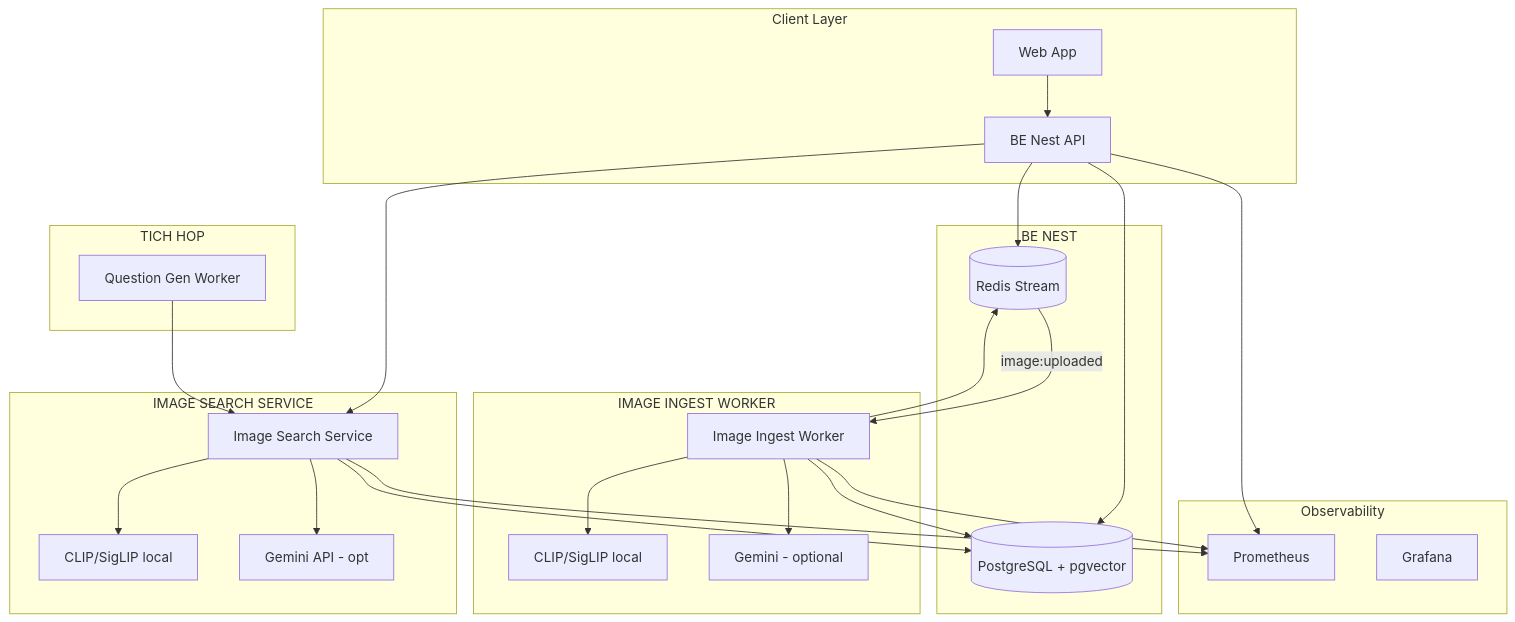
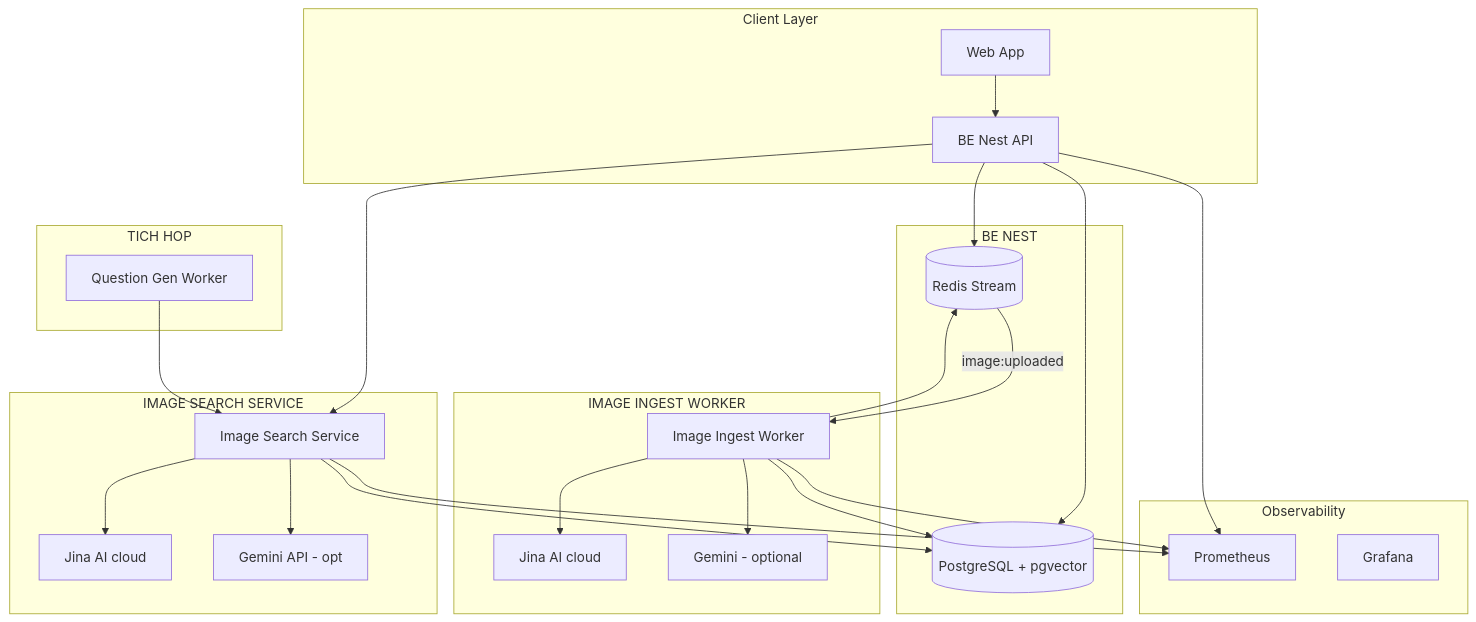
One commit to minhphu102003/image-search changed the fifth of 5 diagrams in docs/architectures/image-search.md. Above: the diagram before and after it, drawn with Mermaid. The commit also changed other lines of this file and 31 other files, not shown here.

First line of the commit message:
feat: replace self-hosted SigLIP 2 with Jina AI cloud embeddings (IS-014)

````diff
--- a/docs/architectures/image-search.md
+++ b/docs/architectures/image-search.md
@@ -163,39 +163,39 @@
 ```mermaid
 flowchart TB
     subgraph Client["Client Layer"]
         Web[Web App] --> BEApi[BE Nest API]
     end
 
     subgraph Backend["BE NEST"]
         BEApi --> RS[("Redis Stream")]
         BEApi --> Pg[(PostgreSQL + pgvector)]
     end
 
     subgraph Worker["IMAGE INGEST WORKER"]
         RS -->|image:uploaded| ImgWorker[Image Ingest Worker]
-        ImgWorker --> Clip[CLIP/SigLIP local]
+        ImgWorker --> Clip[Jina AI cloud]
         ImgWorker --> GeminiOpt[Gemini - optional]
         ImgWorker --> Pg
         ImgWorker --> RS
     end
 
     subgraph SearchSvc["IMAGE SEARCH SERVICE"]
         BEApi --> ImgSearch[Image Search Service]
-        ImgSearch --> Clip2[CLIP/SigLIP local]
+        ImgSearch --> Clip2[Jina AI cloud]
         ImgSearch --> Gemini[Gemini API - opt]
         ImgSearch --> Pg
     end
 
     subgraph Integration["TICH HOP"]
         QGenWorker[Question Gen Worker] --> ImgSearch
     end
 
     subgraph Monitoring["Observability"]
         Prometheus[Prometheus]
         Grafana[Grafana]
     end
 
     BEApi --> Prometheus
     ImgWorker --> Prometheus
     ImgSearch --> Prometheus
 ```
````
